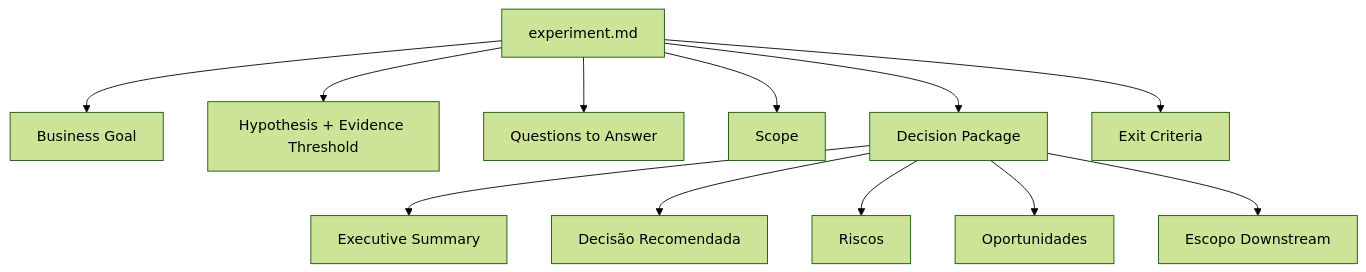
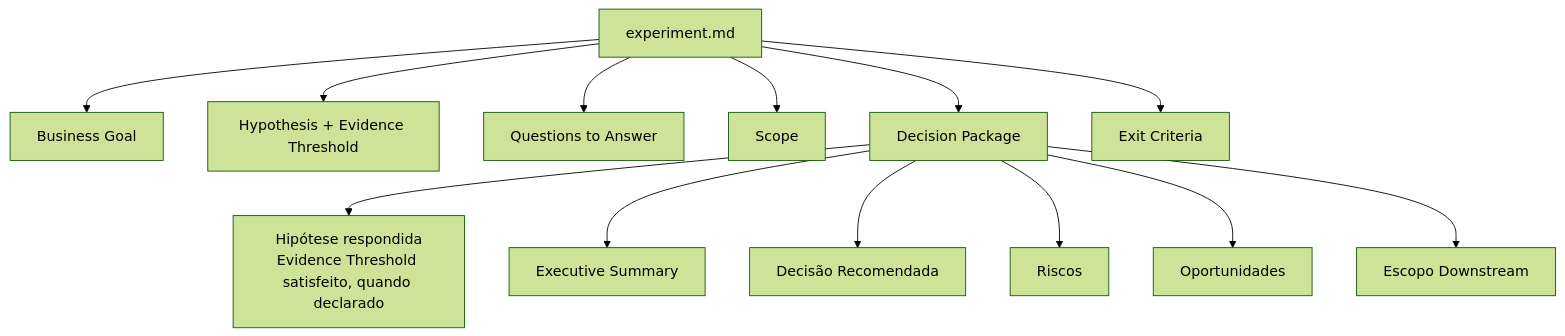
The first of 3 diagrams in capitulo-05.md (produtoreativo/from-intent-to-outcome), drawn with Mermaid (forest theme) before and after one commit. The commit also changed other lines of this file and 2 other files, not shown here.

````diff
--- a/capitulo-05.md
+++ b/capitulo-05.md
@@ -46,14 +46,15 @@
 ```mermaid
 graph TD
     EXP["experiment.md"] --> BG["Business Goal"]
     EXP --> HYP["Hypothesis + Evidence Threshold"]
     EXP --> QA["Questions to Answer"]
     EXP --> SC["Scope"]
     EXP --> DP["Decision Package"]
     EXP --> EC["Exit Criteria"]
+    DP --> H["Hipótese respondida\nEvidence Threshold satisfeito, quando declarado"]
     DP --> ES["Executive Summary"]
     DP --> REC["Decisão Recomendada"]
     DP --> RISK["Riscos"]
     DP --> OPP["Oportunidades"]
     DP --> DS["Escopo Downstream"]
 ```
````
